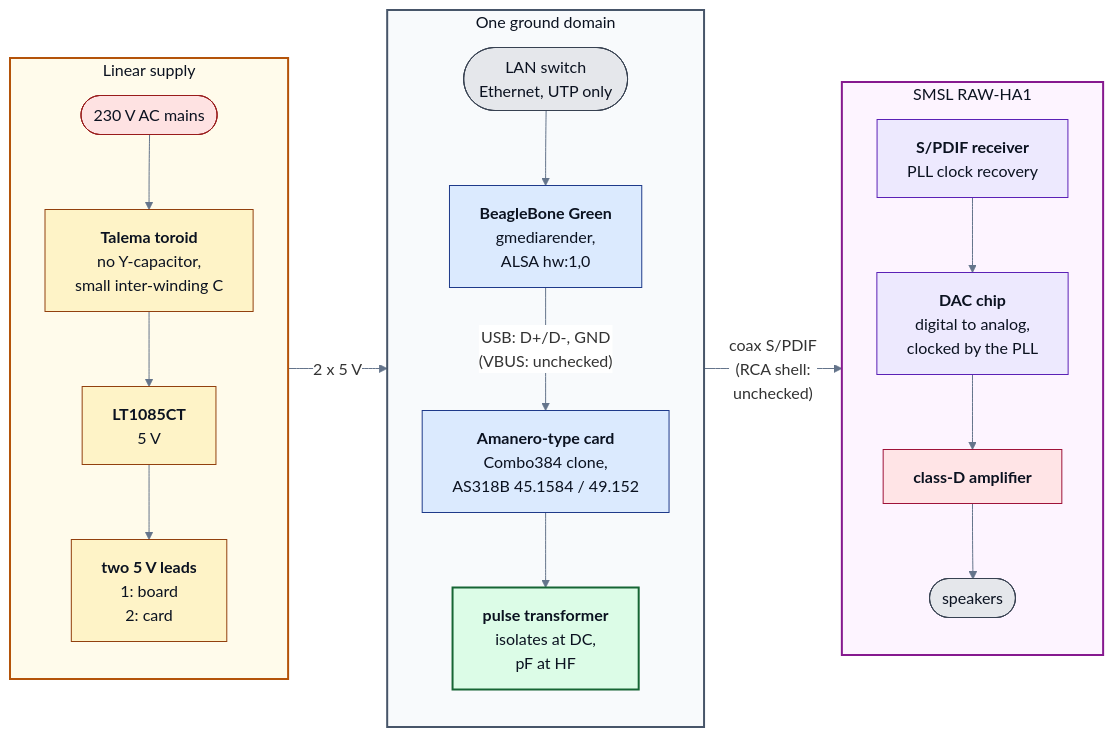
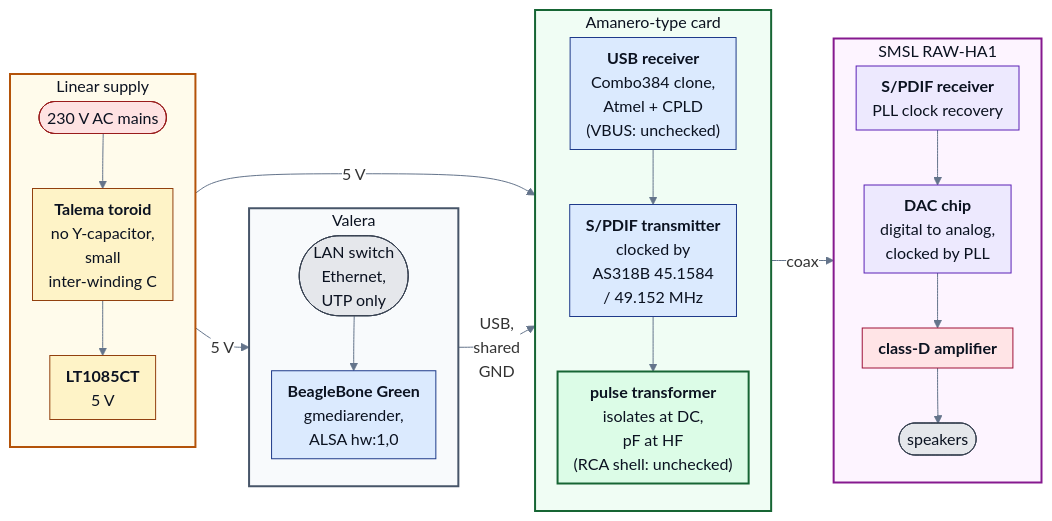
One commit to panedrone/beaglebone-gmediarender-valera changed the diagram in docs/audio_transport_power_grounding_map.md. Above: the diagram before and after it, drawn with Mermaid.

Commit message:
Grounding map: Valera and the Amanero-type card as blocks of their own

````diff
--- a/docs/audio_transport_power_grounding_map.md
+++ b/docs/audio_transport_power_grounding_map.md
@@ -128,53 +128,59 @@
 ```mermaid
-%%{init: {"theme": "base", "themeVariables": {"fontSize": "16px", "textColor": "#0b1220", "lineColor": "#64748b", "edgeLabelBackground": "#ffffff"}}}%%
+%%{init: {"theme": "base", "flowchart": {"rankSpacing": 30, "nodeSpacing": 25, "padding": 8}, "themeVariables": {"fontSize": "16px", "textColor": "#0b1220", "lineColor": "#64748b", "edgeLabelBackground": "#ffffff"}}}%%
 flowchart LR
     subgraph LPS["Linear supply"]
         direction TB
         MAINS(["230 V AC mains"])
-        TOR["<b>Talema toroid</b><br/>no Y-capacitor,<br/>small inter-winding C"]
+        TOR["<b>Talema toroid</b><br/>no Y-capacitor,<br/>small<br/>inter-winding C"]
         REG["<b>LT1085CT</b><br/>5 V"]
-        LEADS["<b>two 5 V leads</b><br/>1: board<br/>2: card"]
-        MAINS --> TOR --> REG --> LEADS
+        MAINS --> TOR --> REG
     end
 
-    subgraph DOM["One ground domain"]
+    subgraph VAL["Valera"]
         direction TB
-        NET(["LAN switch<br/>Ethernet, UTP only"])
+        NET(["LAN switch<br/>Ethernet,<br/>UTP only"])
         BBG["<b>BeagleBone Green</b><br/>gmediarender,<br/>ALSA hw:1,0"]
-        AMA["<b>Amanero-type card</b><br/>Combo384 clone,<br/>AS318B 45.1584 / 49.152"]
-        XF["<b>pulse transformer</b><br/>isolates at DC,<br/>pF at HF"]
         NET --> BBG
-        BBG -- " USB: D+/D-, GND<br/>(VBUS: unchecked) " --> AMA
-        AMA --> XF
+    end
+
+    subgraph AMA["Amanero-type card"]
+        direction TB
+        USB["<b>USB receiver</b><br/>Combo384 clone,<br/>Atmel + CPLD<br/>(VBUS: unchecked)"]
+        TX["<b>S/PDIF transmitter</b><br/>clocked by<br/>AS318B 45.1584<br/>/ 49.152 MHz"]
+        XF["<b>pulse transformer</b><br/>isolates at DC,<br/>pF at HF<br/>(RCA shell: unchecked)"]
+        USB --> TX --> XF
     end
 
     subgraph DAC["SMSL RAW-HA1"]
         direction TB
         RX["<b>S/PDIF receiver</b><br/>PLL clock recovery"]
-        CONV["<b>DAC chip</b><br/>digital to analog,<br/>clocked by the PLL"]
+        CONV["<b>DAC chip</b><br/>digital to analog,<br/>clocked by PLL"]
         AMP["<b>class-D amplifier</b>"]
         SPK(["speakers"])
         RX --> CONV --> AMP --> SPK
     end
 
-    LPS -- " 2 x 5 V " --> DOM
-    DOM -- " coax S/PDIF<br/>(RCA shell:<br/>unchecked) " --> DAC
+    LPS -- " 5 V " --> VAL
+    LPS -- " 5 V " --> AMA
+    VAL -- " USB,<br/>shared<br/>GND " --> AMA
+    AMA -- " coax " --> DAC
 
     classDef mains fill: #fee2e2, stroke: #991b1b, stroke-width: 1px, color: #0b1220
     classDef power fill: #fef3c7, stroke: #92400e, stroke-width: 1px, color: #0b1220
     classDef digi fill: #dbeafe, stroke: #1e3a8a, stroke-width: 1px, color: #0b1220
     classDef iso fill: #dcfce7, stroke: #166534, stroke-width: 2px, color: #0b1220
     classDef dac fill: #ede9fe, stroke: #5b21b6, stroke-width: 1px, color: #0b1220
     classDef anlg fill: #ffe4e6, stroke: #9f1239, stroke-width: 1px, color: #0b1220
     classDef out fill: #e5e7eb, stroke: #374151, stroke-width: 1px, color: #0b1220
     class MAINS mains
-    class TOR,REG,LEADS power
-    class BBG,AMA digi
+    class TOR,REG power
+    class BBG,USB,TX digi
     class XF iso
     class RX,CONV dac
     class AMP anlg
     class NET,SPK out
     style LPS fill: #fffbeb, stroke: #b45309, stroke-width: 2px, color: #0b1220
-    style DOM fill: #f8fafc, stroke: #475569, stroke-width: 2px, color: #0b1220
+    style VAL fill: #f8fafc, stroke: #475569, stroke-width: 2px, color: #0b1220
+    style AMA fill: #f0fdf4, stroke: #166534, stroke-width: 2px, color: #0b1220
     style DAC fill: #fdf4ff, stroke: #86198f, stroke-width: 2px, color: #0b1220
 ```
````
